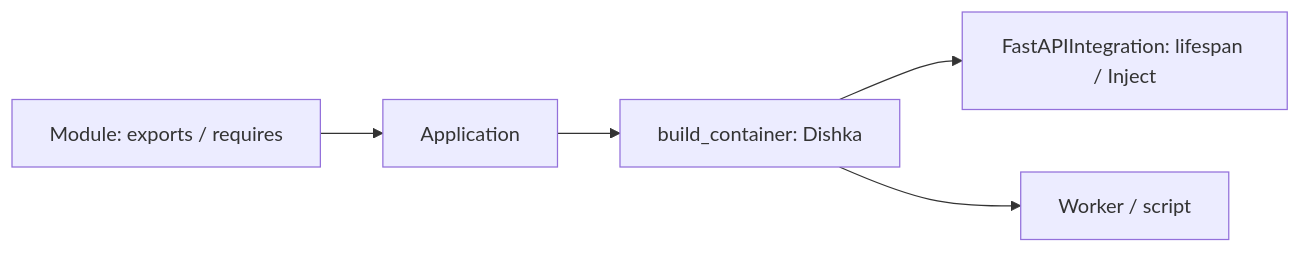
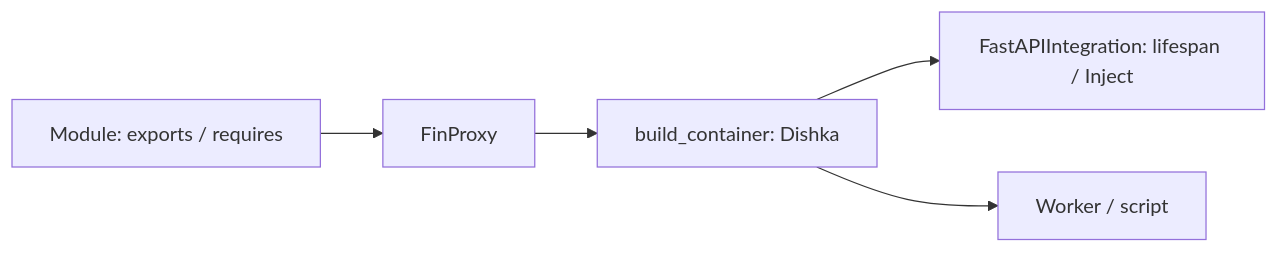
One commit to slime21023/fastapi-fin changed the diagram in README.md. Above: the diagram before and after it, drawn with Mermaid. The commit also changed other lines of this file and 35 other files, not shown here.

First line of the commit message:
refactor!: rename Application to FinProxy and separate it from the FastAPI app

````diff
--- a/README.md
+++ b/README.md
@@ -62,7 +62,7 @@
 ```mermaid
 flowchart LR
-    Module["Module: exports / requires"] --> Application["Application"]
-    Application --> Build["build_container: Dishka"]
+    Module["Module: exports / requires"] --> FinProxy["FinProxy"]
+    FinProxy --> Build["build_container: Dishka"]
     Build --> Adapter["FastAPIIntegration: lifespan / Inject"]
     Build --> Worker["Worker / script"]
 ```
````
